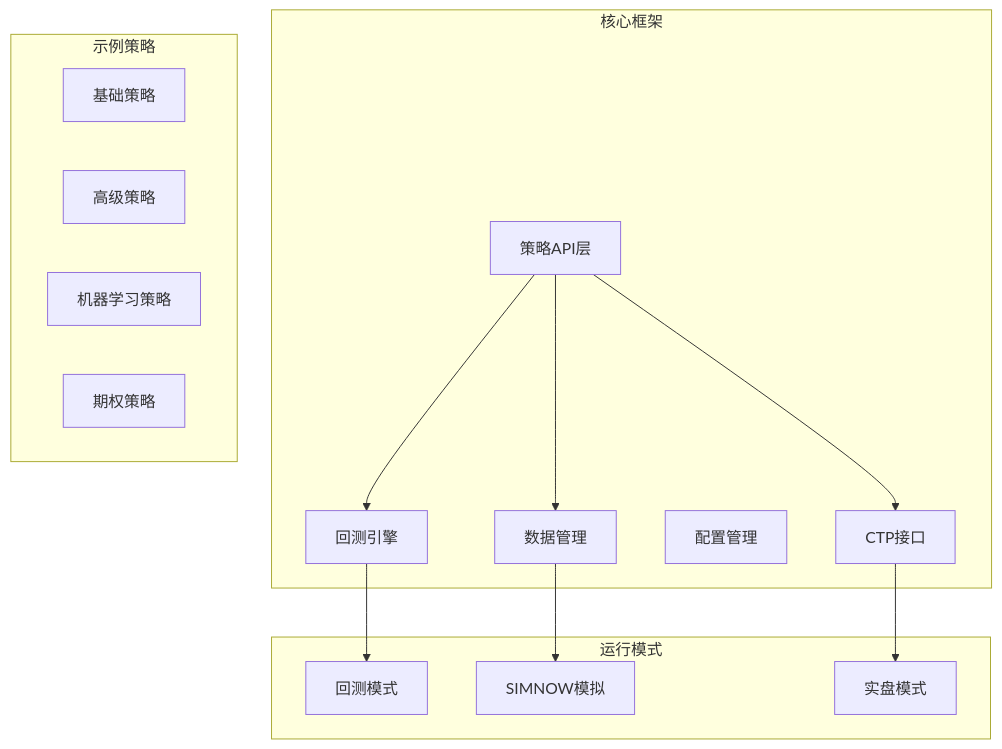
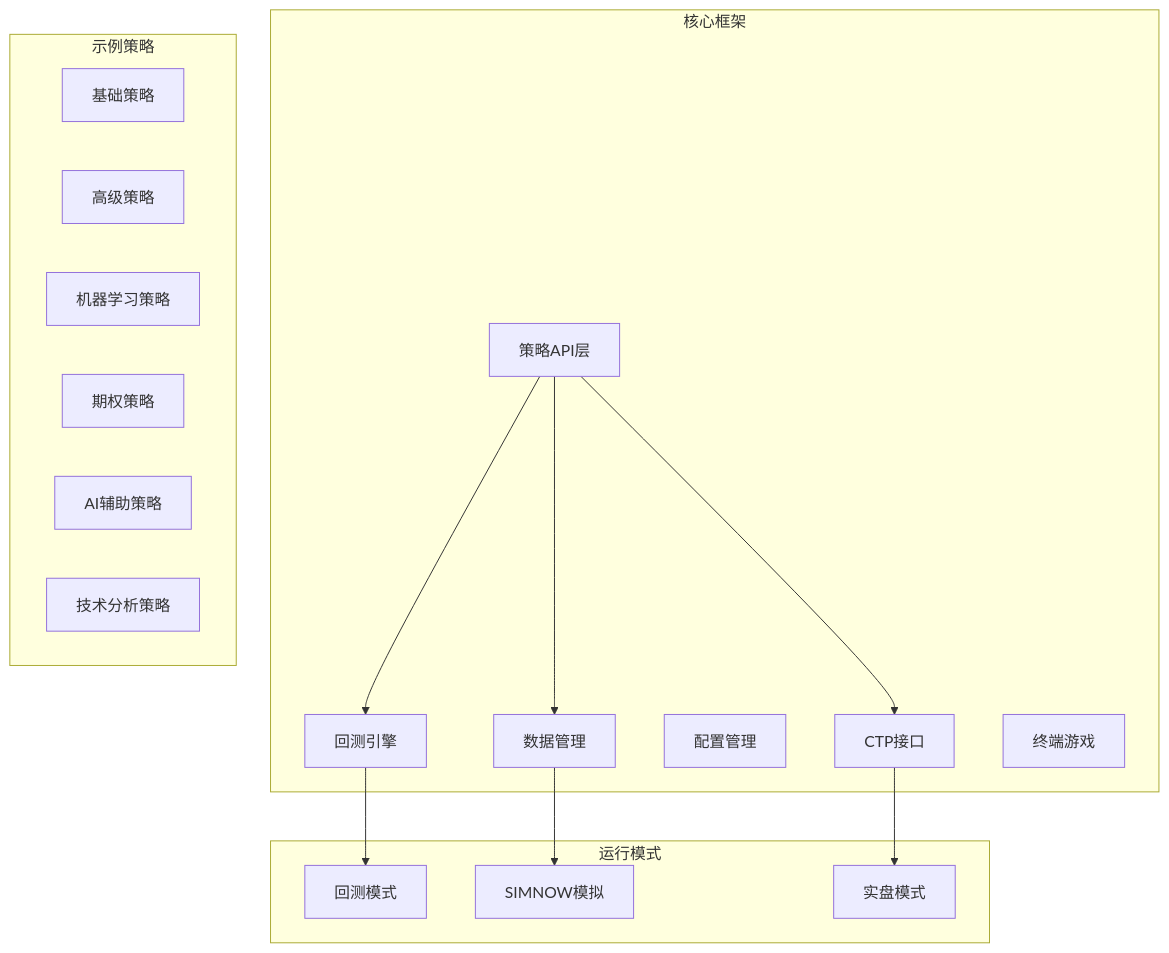
The first of 20 diagrams in .qoder/repowiki/zh/content/策略示例详解/策略示例详解.md (maxtwoon/ssquant), drawn with Mermaid before and after one commit. The commit also changed other lines of this file and 21 other files, not shown here.

````diff
--- a/.qoder/repowiki/zh/content/策略示例详解/策略示例详解.md
+++ b/.qoder/repowiki/zh/content/策略示例详解/策略示例详解.md
@@ -46,27 +58,30 @@
 ```mermaid
 graph TB
 subgraph "核心框架"
 API[策略API层]
 Backtest[回测引擎]
 Data[数据管理]
 Config[配置管理]
 CTP[CTP接口]
+EndGame[终端游戏]
 end
 subgraph "示例策略"
 Basic[基础策略]
 Advanced[高级策略]
 ML[机器学习策略]
 Options[期权策略]
+AI[AI辅助策略]
+TechAnalysis[技术分析策略]
 end
 subgraph "运行模式"
 BacktestMode[回测模式]
 SimnowMode[SIMNOW模拟]
 RealMode[实盘模式]
 end
 API --> Backtest
 API --> Data
 API --> CTP
 Backtest --> BacktestMode
 Data --> SimnowMode
 CTP --> RealMode
 ```
````
